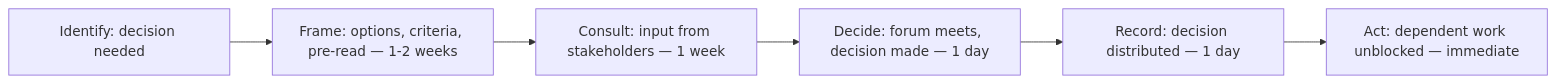
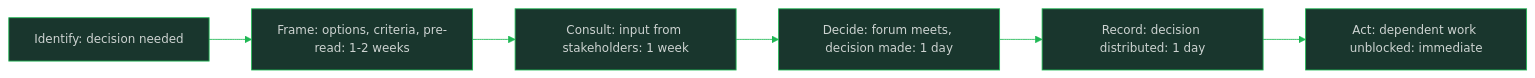
Before and after one commit to oat431/swe-knowledge: the diagram in career-path/12_Technical_Program_Manager/06_Decision_Facilitation/01_Decision_Process_Design.md, drawn with Mermaid. The commit also changed other lines of this file and 893 other files, not shown here.

````diff
--- a/career-path/12_Technical_Program_Manager/06_Decision_Facilitation/01_Decision_Process_Design.md
+++ b/career-path/12_Technical_Program_Manager/06_Decision_Facilitation/01_Decision_Process_Design.md
@@ -70,8 +70,9 @@
 ```mermaid
+%%{init: {'theme':'base','themeVariables':{'primaryColor':'#19362D','primaryTextColor':'#CDD3D1','primaryBorderColor':'#1FB854','lineColor':'#1FB854','background':'#1B1717','mainBkg':'#19362D','clusterBkg':'#161212','edgeLabelBackground':'#161212','titleColor':'#1FB854','fontSize':'14px'}}}%%
 flowchart LR
-    IDENTIFY["Identify: decision needed"] --> FRAME["Frame: options, criteria, pre-read — 1-2 weeks"]
-    FRAME --> CONSULT["Consult: input from stakeholders — 1 week"]
-    CONSULT --> DECIDE["Decide: forum meets, decision made — 1 day"]
-    DECIDE --> RECORD["Record: decision distributed — 1 day"]
-    RECORD --> ACT["Act: dependent work unblocked — immediate"]
+    IDENTIFY["Identify: decision needed"] --> FRAME["Frame: options, criteria, pre-read: 1-2 weeks"]
+    FRAME --> CONSULT["Consult: input from stakeholders: 1 week"]
+    CONSULT --> DECIDE["Decide: forum meets, decision made: 1 day"]
+    DECIDE --> RECORD["Record: decision distributed: 1 day"]
+    RECORD --> ACT["Act: dependent work unblocked: immediate"]
 ```
````
